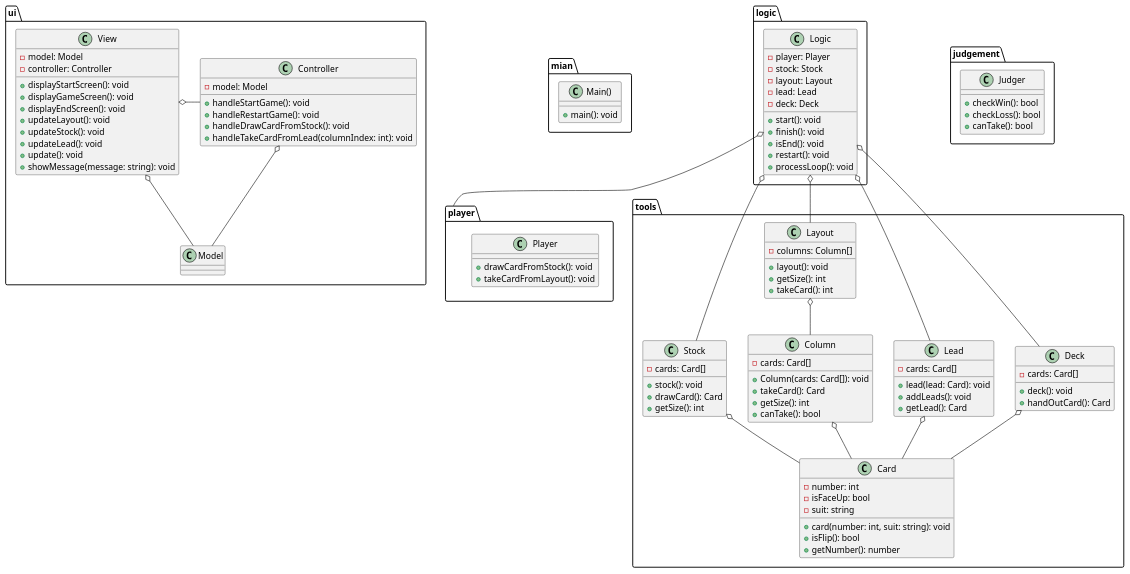
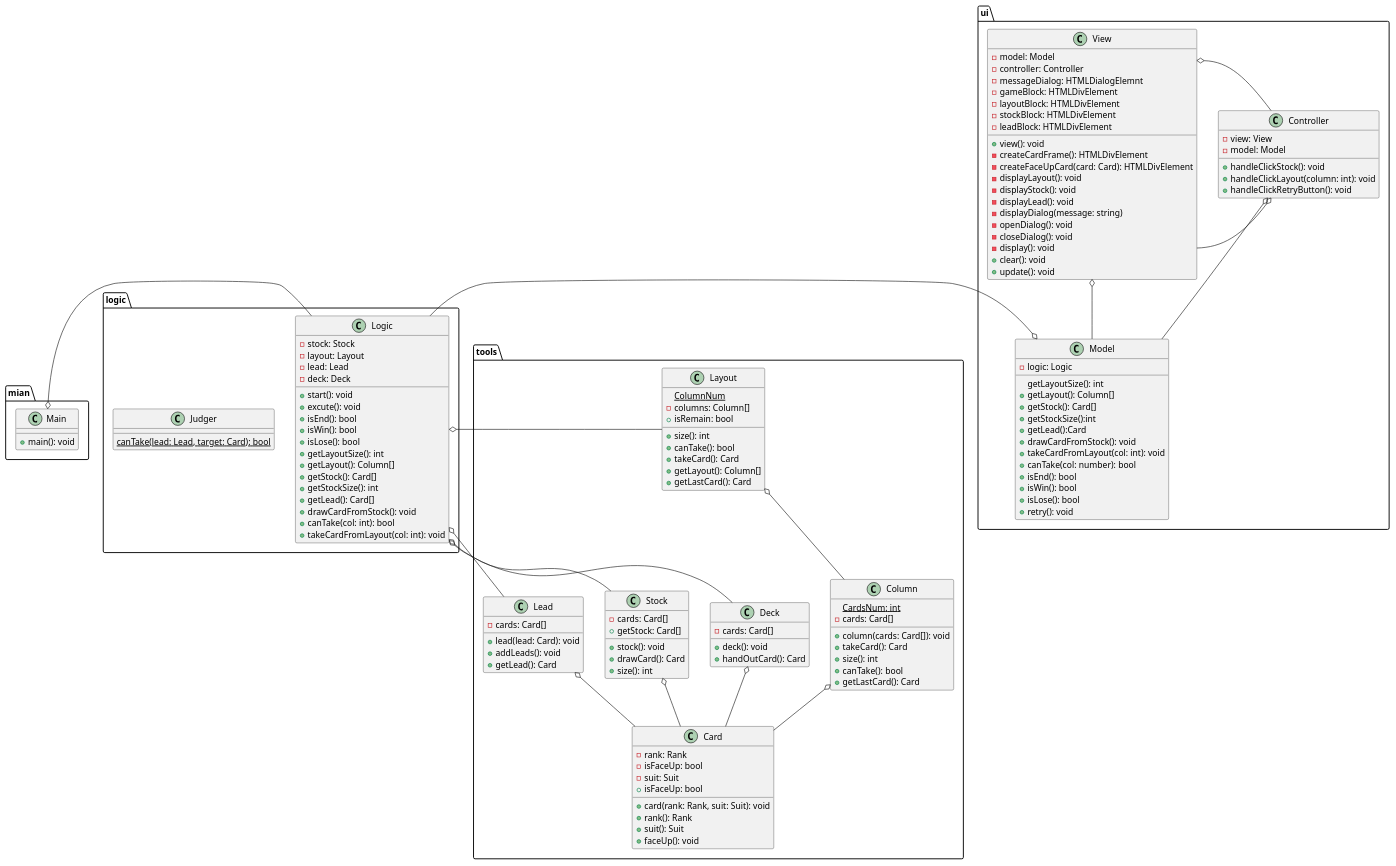
One commit to hamao0820/golf changed the diagram in design/GOLF.pu. Above: the diagram before and after it, drawn with PlantUML. The commit also changed 1 other file, not shown here.

```diff
--- a/design/GOLF.pu
+++ b/design/GOLF.pu
@@ -1,124 +1,153 @@
 @startuml GOLF
 
 package "mian" {
-    class Main(){
+    class Main{
         +main(): void
     }
 }
 
 package "logic" {
     class Logic {
-        -player: Player
         -stock: Stock
         -layout: Layout
         -lead: Lead
         -deck: Deck
         +start(): void
-        +finish(): void
-        +isEnd(): void
-        +restart(): void
-        +processLoop(): void
+        +excute(): void
+        +isEnd(): bool
+        +isWin(): bool
+        +isLose(): bool
+        +getLayoutSize(): int
+        +getLayout(): Column[]
+        +getStock(): Card[]
+        +getStockSize(): int
+        +getLead(): Card[]
+        +drawCardFromStock(): void
+        +canTake(col: int): bool
+        +takeCardFromLayout(col: int): void
     }
-}
 
-package "player" {
-  class Player {
-    +drawCardFromStock(): void
-    +takeCardFromLayout(): void
-  }
+    class Judger {
+        {static} canTake(lead: Lead, target: Card): bool
+    }
 }
 
 package "tools" {
     ' カード
     class Card {
-        -number: int
+        -rank: Rank
         -isFaceUp: bool
-        -suit: string
-        +card(number: int, suit: string): void
-        +isFlip(): bool
-        +getNumber(): number
+        -suit: Suit
+        +card(rank: Rank, suit: Suit): void
+        +rank(): Rank
+        +suit(): Suit
+        +isFaceUp: bool
+        +faceUp(): void
     }
     ' 山札
     class Stock {
         -cards: Card[]
         +stock(): void
         +drawCard(): Card
-        +getSize(): int
+        +size(): int
+        +getStock: Card[]
     }
     ' 列
     class Column {
+        {static} CardsNum: int
         -cards: Card[]
-        +Column(cards: Card[]): void
+        +column(cards: Card[]): void
         +takeCard(): Card
-        +getSize(): int
+        +size(): int
         +canTake(): bool
+        +getLastCard(): Card
     }
     ' 場札
     class Layout {
+        {static} ColumnNum
         -columns: Column[]
-        +layout(): void
-        +getSize(): int
-        +takeCard(): int
+        +size(): int
+        +canTake(): bool
+        +takeCard(): Card
+        +getLayout(): Column[]
+        +getLastCard(): Card
+        +isRemain: bool
     }
     ' 台札
     class Lead {
         -cards: Card[]
         +lead(lead: Card): void
         +addLeads(): void
         +getLead(): Card
     }
     ' デッキ
     class Deck {
         -cards: Card[]
         +deck(): void
         +handOutCard(): Card
     }
 }
 
-package "judgement" {
-    class Judger {
-        +checkWin(): bool
-        +checkLoss(): bool
-        +canTake(): bool
-    }
-}
-
 package "ui" {
     class Model {
+        -logic: Logic
+        getLayoutSize(): int
+        +getLayout(): Column[]
+        +getStock(): Card[]
+        +getStockSize():int
+        +getLead():Card
+        +drawCardFromStock(): void
+        +takeCardFromLayout(col: int): void
+        +canTake(col: number): bool
+        +isEnd(): bool
+        +isWin(): bool
+        +isLose(): bool
+        +retry(): void
     }
     class View {
         -model: Model
         -controller: Controller
-        +displayStartScreen(): void
-        +displayGameScreen(): void
-        +displayEndScreen(): void
-        +updateLayout(): void
-        +updateStock(): void
-        +updateLead(): void
+        -messageDialog: HTMLDialogElemnt
+        -gameBlock: HTMLDivElement
+        -layoutBlock: HTMLDivElement
+        -stockBlock: HTMLDivElement
+        -leadBlock: HTMLDivElement
+        +view(): void
+        -createCardFrame(): HTMLDivElement
+        -createFaceUpCard(card: Card): HTMLDivElement
+        -displayLayout(): void
+        -displayStock(): void
+        -displayLead(): void
+        -displayDialog(message: string)
+        -openDialog(): void
+        -closeDialog(): void
+        -display(): void
+        +clear(): void
         +update(): void
-        +showMessage(message: string): void
     }
     class Controller {
-            -model: Model
-            +handleStartGame(): void
-            +handleRestartGame(): void
-            +handleDrawCardFromStock(): void
-            +handleTakeCardFromLead(columnIndex: int): void
+        -view: View
+        -model: Model
+        +handleClickStock(): void
+        +handleClickLayout(column: int): void
+        +handleClickRetryButton(): void
     }
 }
 
+Main o- Logic
 Deck o-- Card
 Stock o-- Card
 Lead o-- Card
 Column o-- Card
 Layout o-- Column
-Logic o-- player
-Logic o-- Deck
-Logic o-- Stock
-Logic o-- Lead
-Logic o-- Layout
-Controller o-- Model
+Logic o- Deck
+Logic o- Stock
+Logic o- Lead
+Logic o- Layout
+Controller o- Model
+Controller o- View
 View o-- Model
 View o- Controller
+Model o- Logic
 
 @enduml
```
